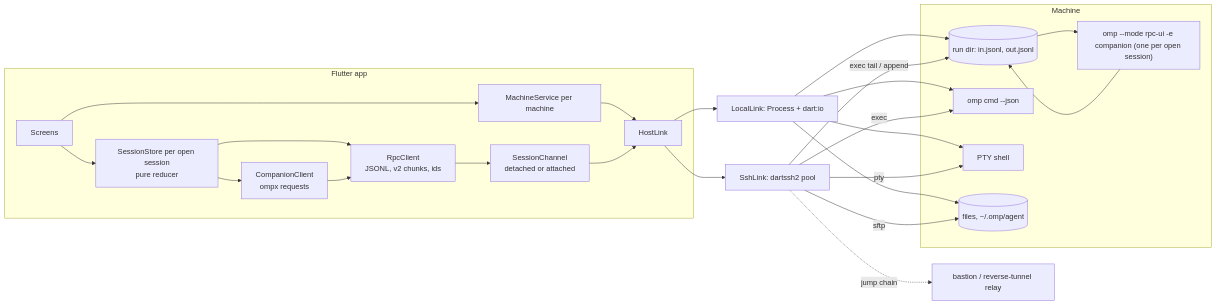
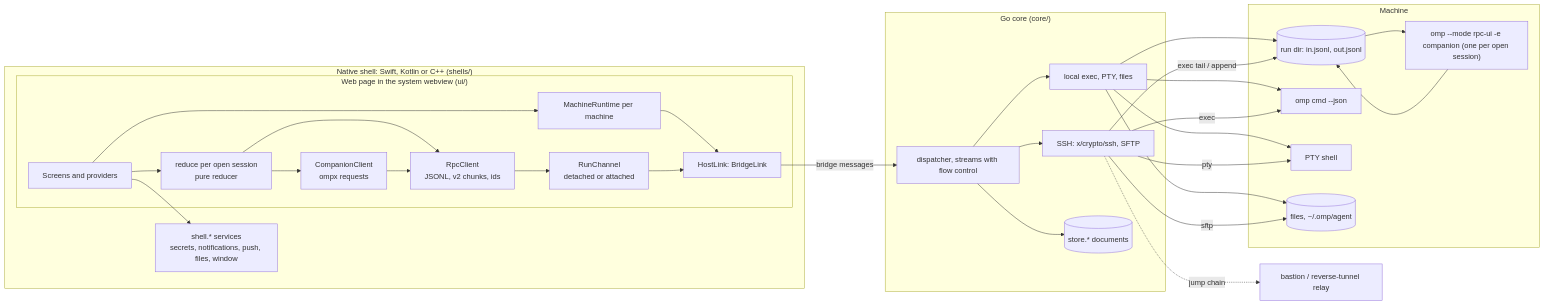
One commit to edde746/ompanion changed the diagram in docs/PLAN.md. Above: the diagram before and after it, drawn with Mermaid. The commit also changed other lines of this file and 1528 other files, not shown here.

````diff
--- a/docs/PLAN.md
+++ b/docs/PLAN.md
@@ -80,29 +87,37 @@
 ```mermaid
 flowchart LR
-  subgraph App["Flutter app"]
-    UI[Screens] --> SS[SessionStore per open session<br/>pure reducer]
-    UI --> MS[MachineService per machine]
-    SS --> RC[RpcClient<br/>JSONL, v2 chunks, ids]
-    SS --> CC[CompanionClient<br/>ompx requests]
-    CC --> RC
-    RC --> SC[SessionChannel<br/>detached or attached]
-    MS --> L[HostLink]
-    SC --> L
+  subgraph Shell["Native shell: Swift, Kotlin or C++ (shells/)"]
+    subgraph Page["Web page in the system webview (ui/)"]
+      UI[Screens and providers] --> SS[reduce per open session<br/>pure reducer]
+      UI --> MR[MachineRuntime per machine]
+      SS --> RC[RpcClient<br/>JSONL, v2 chunks, ids]
+      SS --> CC[CompanionClient<br/>ompx requests]
+      CC --> RC
+      RC --> SC[RunChannel<br/>detached or attached]
+      MR --> L[HostLink: BridgeLink]
+      SC --> L
+    end
+    SV[shell.* services<br/>secrets, notifications, push, files, window]
+    UI --> SV
   end
-  L --> LP[LocalLink: Process + dart:io]
-  L --> SL[SshLink: dartssh2 pool]
+  L -->|bridge messages| GC
+  subgraph Core["Go core (core/)"]
+    GC[dispatcher, streams with flow control] --> LP[local exec, PTY, files]
+    GC --> SL[SSH: x/crypto/ssh, SFTP]
+    GC --> ST[(store.* documents)]
+  end
   SL -. jump chain .-> J[bastion / reverse-tunnel relay]
   subgraph Host["Machine"]
     R["omp --mode rpc-ui -e companion (one per open session)"]
     D[(run dir: in.jsonl, out.jsonl)]
     C["omp cmd --json"]
     P[PTY shell]
     F[(files, ~/.omp/agent)]
   end
   D --> R --> D
   LP --> D & C & P & F
   SL -->|exec tail / append| D
   SL -->|exec| C
   SL -->|pty| P
   SL -->|sftp| F
 ```
````
